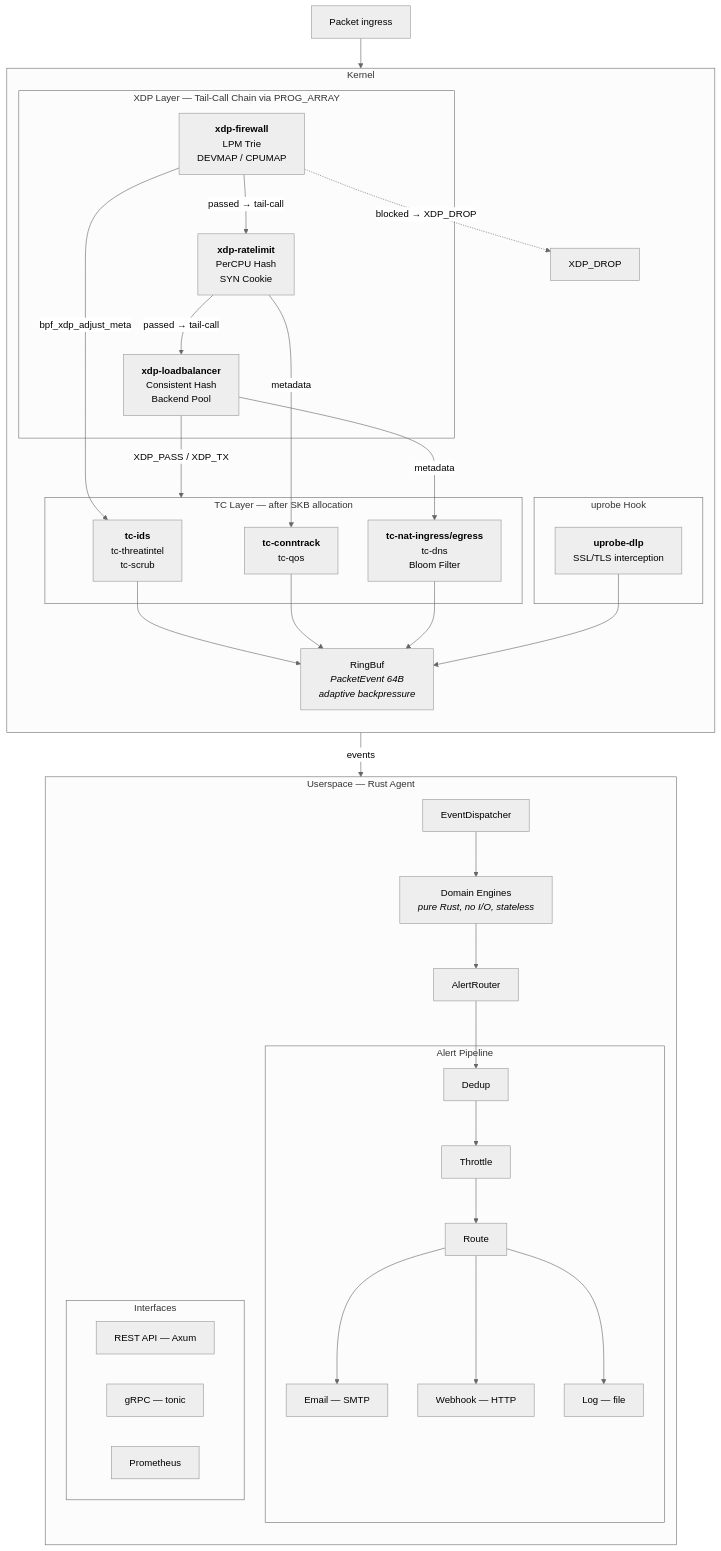
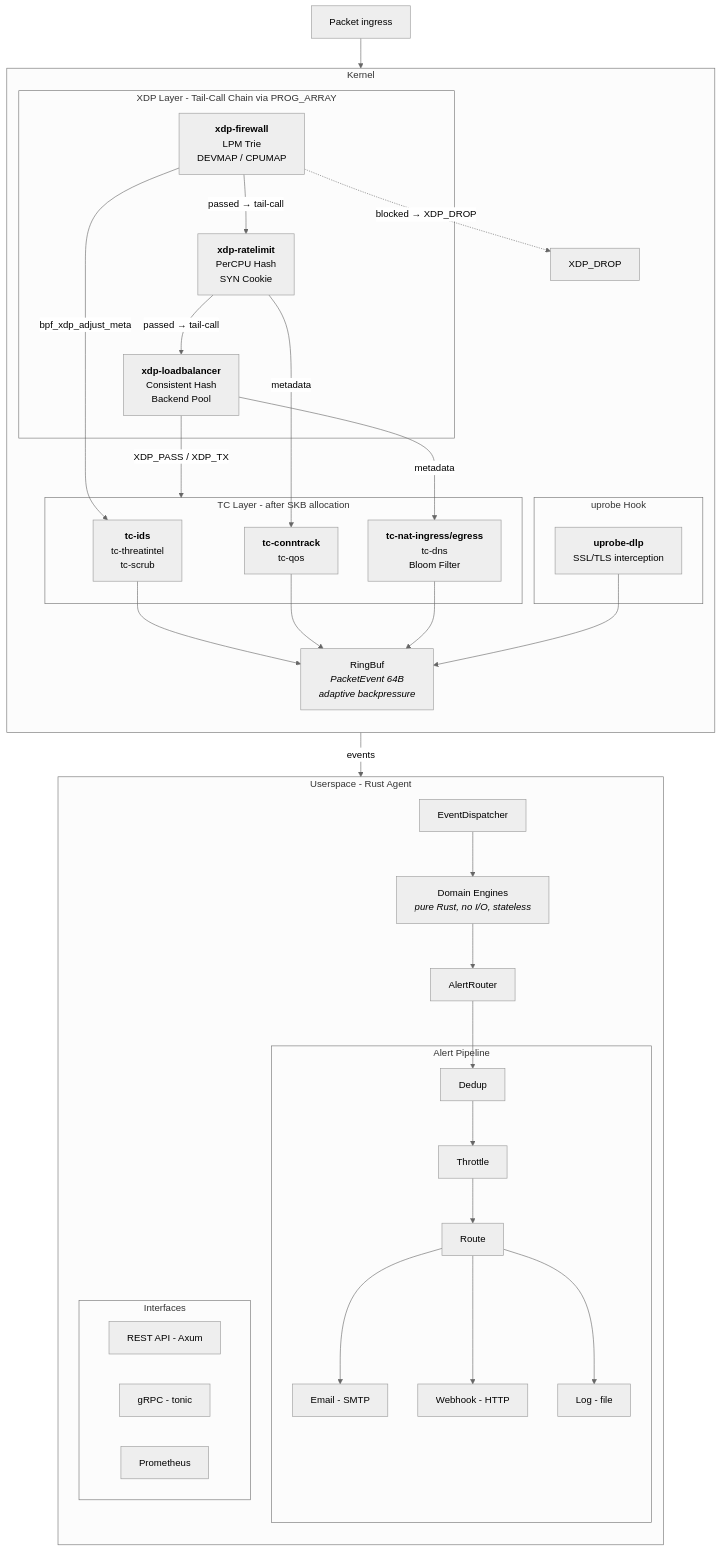
One commit to ebpfsentinel/ebpfsentinel-docs changed the diagram in docs/getting-started/concepts.md. Above: the diagram before and after it, drawn with Mermaid (neutral theme). The commit also changed other lines of this file and 102 other files, not shown here.

````diff
--- a/docs/getting-started/concepts.md
+++ b/docs/getting-started/concepts.md
@@ -10,67 +10,67 @@
 ```mermaid
 graph TD
     subgraph Kernel["Kernel"]
         direction TB
 
-        subgraph XDP["XDP Layer — Tail-Call Chain via PROG_ARRAY"]
+        subgraph XDP["XDP Layer - Tail-Call Chain via PROG_ARRAY"]
             XDP_FW["<b>xdp-firewall</b><br/>LPM Trie<br/>DEVMAP / CPUMAP"]
             XDP_RL["<b>xdp-ratelimit</b><br/>PerCPU Hash<br/>SYN Cookie"]
             XDP_LB["<b>xdp-loadbalancer</b><br/>Consistent Hash<br/>Backend Pool"]
         end
 
         XDP_FW -- "passed → tail-call" --> XDP_RL
         XDP_RL -- "passed → tail-call" --> XDP_LB
         XDP_FW -. "blocked → XDP_DROP" .-> DROP["XDP_DROP"]
         XDP_LB -- "XDP_PASS / XDP_TX" --> TC_layer
 
         subgraph UPROBE["uprobe Hook"]
             DLP["<b>uprobe-dlp</b><br/>SSL/TLS interception"]
         end
 
-        subgraph TC_layer["TC Layer — after SKB allocation"]
+        subgraph TC_layer["TC Layer - after SKB allocation"]
             TC_IDS["<b>tc-ids</b><br/>tc-threatintel<br/>tc-scrub"]
             TC_CT["<b>tc-conntrack</b><br/>tc-qos"]
             TC_NAT["<b>tc-nat-ingress/egress</b><br/>tc-dns<br/>Bloom Filter"]
         end
 
         XDP_FW -- "bpf_xdp_adjust_meta" --> TC_IDS
         XDP_RL -- "metadata" --> TC_CT
         XDP_LB -- "metadata" --> TC_NAT
 
         RB["RingBuf<br/><i>PacketEvent 64B</i><br/><i>adaptive backpressure</i>"]
 
         TC_IDS --> RB
         TC_CT --> RB
         TC_NAT --> RB
         DLP --> RB
     end
 
-    subgraph Userspace["Userspace — Rust Agent"]
+    subgraph Userspace["Userspace - Rust Agent"]
         direction TB
 
         ED["EventDispatcher"]
         DE["Domain Engines<br/><i>pure Rust, no I/O, stateless</i>"]
         AR["AlertRouter"]
 
         ED --> DE --> AR
 
         subgraph AlertPipeline["Alert Pipeline"]
             DEDUP["Dedup"] --> THROTTLE["Throttle"] --> ROUTE["Route"]
-            ROUTE --> EMAIL["Email — SMTP"]
-            ROUTE --> WEBHOOK["Webhook — HTTP"]
-            ROUTE --> LOG["Log — file"]
+            ROUTE --> EMAIL["Email - SMTP"]
+            ROUTE --> WEBHOOK["Webhook - HTTP"]
+            ROUTE --> LOG["Log - file"]
         end
 
         AR --> DEDUP
 
         subgraph APIs["Interfaces"]
-            REST["REST API — Axum"]
-            GRPC["gRPC — tonic"]
+            REST["REST API - Axum"]
+            GRPC["gRPC - tonic"]
             PROM["Prometheus"]
         end
     end
 
     RB -- "events" --> ED
 
     PKT["Packet ingress"] --> XDP_FW
 ```
````
